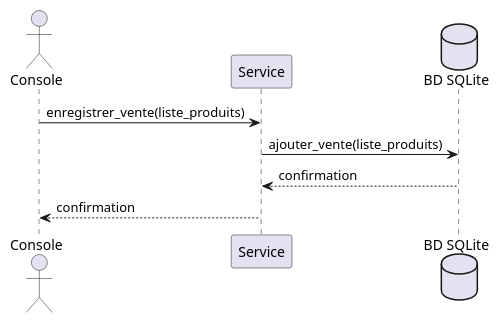
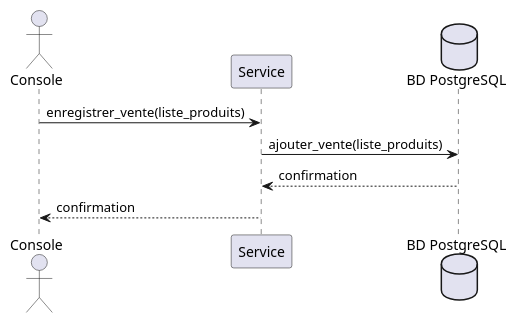
One commit to nathanlamy/LOG430-LABO-2 changed the diagram in docs/UML/Sequences/CU02_enregistrerVente.puml. Above: the diagram before and after it, drawn with PlantUML. The commit also changed 15 other files, not shown here.

```diff
--- a/docs/UML/Sequences/CU02_enregistrerVente.puml
+++ b/docs/UML/Sequences/CU02_enregistrerVente.puml
@@ -1,10 +1,10 @@
 @startuml Enregistrer une vente
 actor Console
 participant Service
-database "BD SQLite" as DB
+database "BD PostgreSQL" as DB
 
 Console -> Service : enregistrer_vente(liste_produits)
 Service -> DB : ajouter_vente(liste_produits)
 DB --> Service : confirmation
 Service --> Console : confirmation
 @enduml
```
